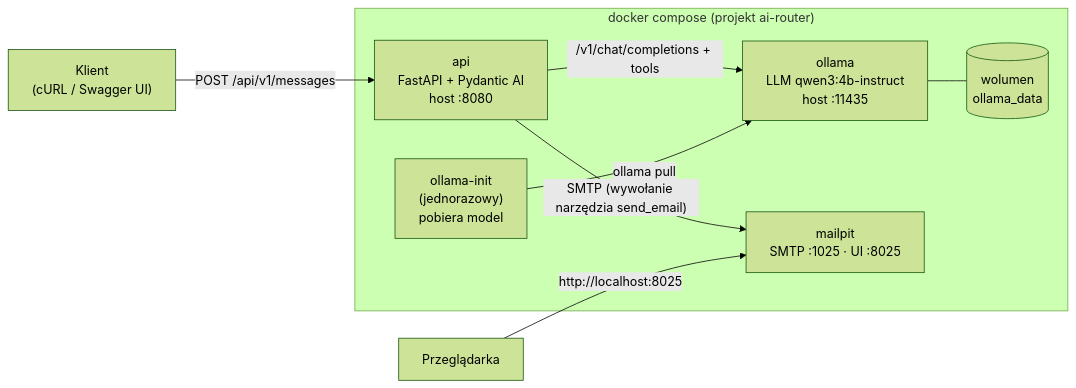
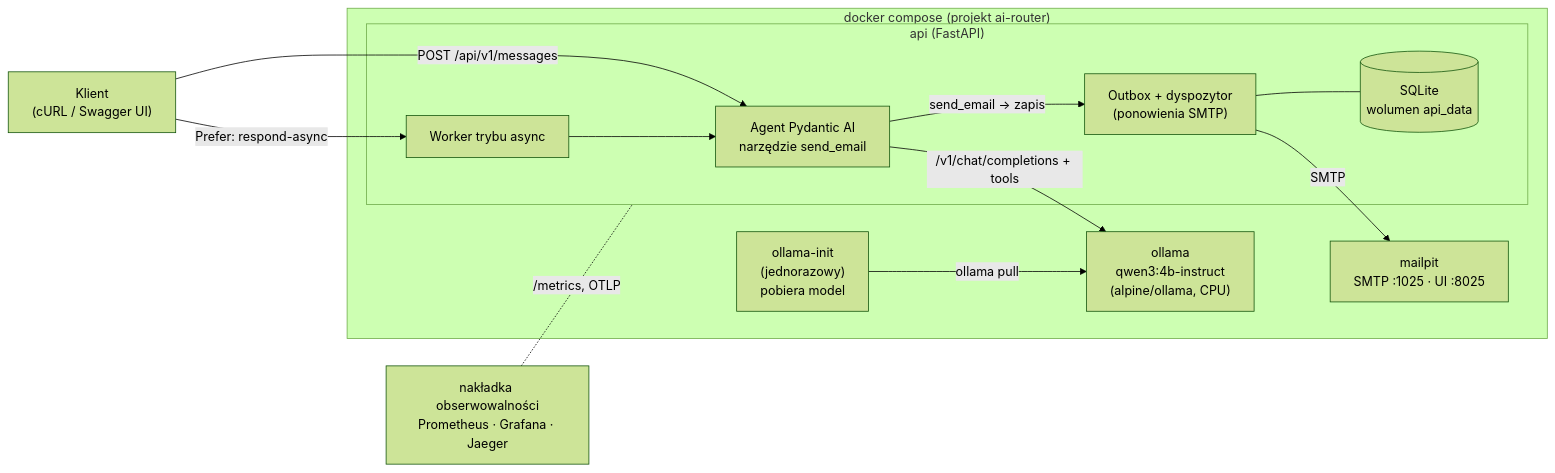
The first of 2 diagrams in README.md (miikoolaj/ai-message-categorization-and-routing-system), drawn with Mermaid (forest theme) before and after one commit. The commit also changed other lines of this file and 2 other files, not shown here.

````diff
--- a/README.md
+++ b/README.md
@@ -37,19 +46,26 @@
 ```mermaid
 flowchart LR
     client["Klient<br/>(cURL / Swagger UI)"]
     subgraph compose["docker compose (projekt ai-router)"]
-        api["api<br/>FastAPI + Pydantic AI<br/>host :8080"]
-        ollama["ollama<br/>LLM qwen3:4b-instruct<br/>host :11435"]
+        subgraph api["api (FastAPI)"]
+            agent["Agent Pydantic AI<br/>narzędzie send_email"]
+            worker["Worker trybu async"]
+            outbox["Outbox + dyspozytor<br/>(ponowienia SMTP)"]
+            db[("SQLite<br/>wolumen api_data")]
+        end
+        ollama["ollama<br/>qwen3:4b-instruct<br/>(alpine/ollama, CPU)"]
         init["ollama-init<br/>(jednorazowy)<br/>pobiera model"]
         mailpit["mailpit<br/>SMTP :1025 · UI :8025"]
-        vol[("wolumen<br/>ollama_data")]
     end
-    browser["Przeglądarka"]
+    obs["nakładka obserwowalności<br/>Prometheus · Grafana · Jaeger"]
 
-    client -- "POST /api/v1/messages" --> api
-    api -- "/v1/chat/completions + tools" --> ollama
-    api -- "SMTP (wywołanie narzędzia send_email)" --> mailpit
+    client -- "POST /api/v1/messages" --> agent
+    client -- "Prefer: respond-async" --> worker
+    worker --> agent
+    agent -- "/v1/chat/completions + tools" --> ollama
+    agent -- "send_email → zapis" --> outbox
+    outbox --- db
+    outbox -- "SMTP" --> mailpit
     init -- "ollama pull" --> ollama
-    ollama --- vol
-    browser -- "http://localhost:8025" --> mailpit
+    obs -. "/metrics, OTLP" .- api
 ```
````
